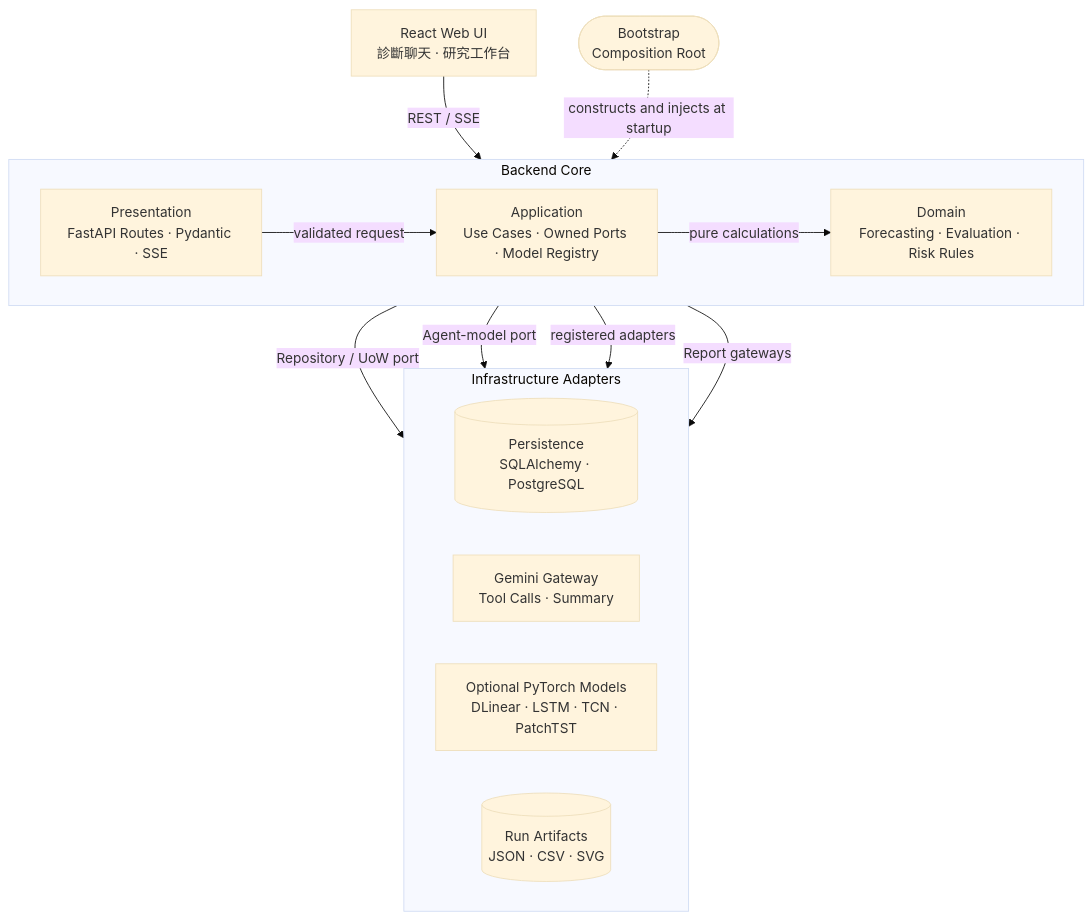
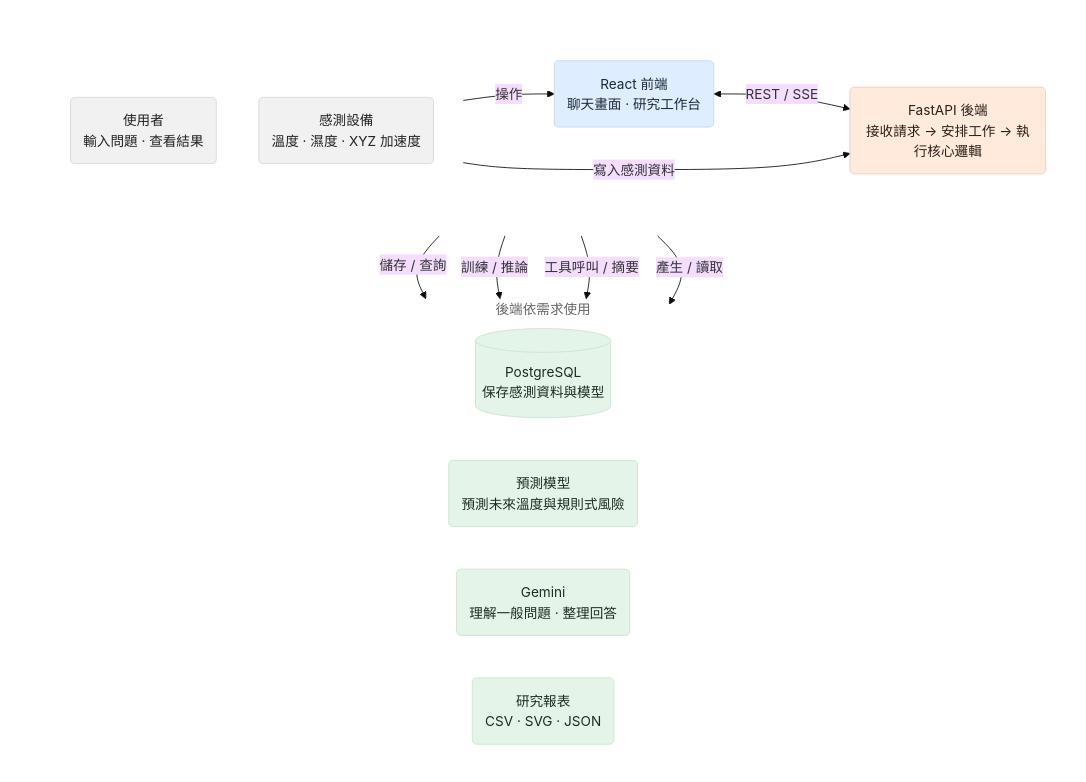
The diagram in README.md (programmerKB/Edge-mind), drawn with Mermaid (base theme) before and after one commit. The commit also changed other lines of this file, not shown here.

Commit message:
docs: redraw architecture from visual reference

````diff
--- a/README.md
+++ b/README.md
@@ -224,31 +224,44 @@
 ```mermaid
 flowchart TB
-    UI["React Web UI<br/>診斷聊天 · 研究工作台"]
+    subgraph FLOW[" "]
+        direction LR
+        subgraph INPUTS[" "]
+            direction TB
+            USER("使用者<br/>輸入問題 · 查看結果")
+            SENSOR("感測設備<br/>溫度 · 濕度 · XYZ 加速度")
+        end
 
-    subgraph CORE["Backend Core"]
-        direction LR
-        API["Presentation<br/>FastAPI Routes · Pydantic · SSE"]
-        APP["Application<br/>Use Cases · Owned Ports · Model Registry"]
-        DOMAIN["Domain<br/>Forecasting · Evaluation · Risk Rules"]
+        WEB("React 前端<br/>聊天畫面 · 研究工作台")
+        API("FastAPI 後端<br/>接收請求 → 安排工作 → 執行核心邏輯")
 
-        API -->|validated request| APP
-        APP -->|pure calculations| DOMAIN
+        USER -->|操作| WEB
+        SENSOR -->|寫入感測資料| API
+        WEB <-->|REST / SSE| API
     end
 
-    subgraph INFRA["Infrastructure Adapters"]
+    subgraph SERVICES["後端依需求使用"]
         direction LR
-        PERSIST[("Persistence<br/>SQLAlchemy · PostgreSQL")]
-        GEMINI["Gemini Gateway<br/>Tool Calls · Summary"]
-        ML["Optional PyTorch Models<br/>DLinear · LSTM · TCN · PatchTST"]
-        REPORT[("Run Artifacts<br/>JSON · CSV · SVG")]
+        DB[("PostgreSQL<br/>保存感測資料與模型")]
+        MODEL("預測模型<br/>預測未來溫度與規則式風險")
+        GEMINI("Gemini<br/>理解一般問題 · 整理回答")
+        REPORT("研究報表<br/>CSV · SVG · JSON")
     end
 
-    BOOT(["Bootstrap<br/>Composition Root"])
+    API -->|儲存 / 查詢| DB
+    API -->|訓練 / 推論| MODEL
+    API -->|工具呼叫 / 摘要| GEMINI
+    API -->|產生 / 讀取| REPORT
 
-    UI -->|REST / SSE| API
-    APP -->|Repository / UoW port| PERSIST
-    APP -->|Agent-model port| GEMINI
-    APP -->|registered adapters| ML
-    APP -->|Report gateways| REPORT
-    BOOT -. constructs and injects at startup .-> APP
+    classDef source fill:#f1f1f1,stroke:#d9d9d9,color:#222,stroke-width:1px;
+    classDef frontend fill:#deedff,stroke:#bdd7f4,color:#1f2937,stroke-width:1px;
+    classDef backend fill:#ffeadb,stroke:#f2ccb1,color:#2b211b,stroke-width:1px;
+    classDef resource fill:#e5f4e9,stroke:#c6e5ce,color:#1f2b22,stroke-width:1px;
+
+    class USER,SENSOR source;
+    class WEB frontend;
+    class API backend;
+    class DB,MODEL,GEMINI,REPORT resource;
+    style FLOW fill:transparent,stroke:transparent
+    style INPUTS fill:transparent,stroke:transparent
+    style SERVICES fill:transparent,stroke:transparent,color:#666
 ```
````
